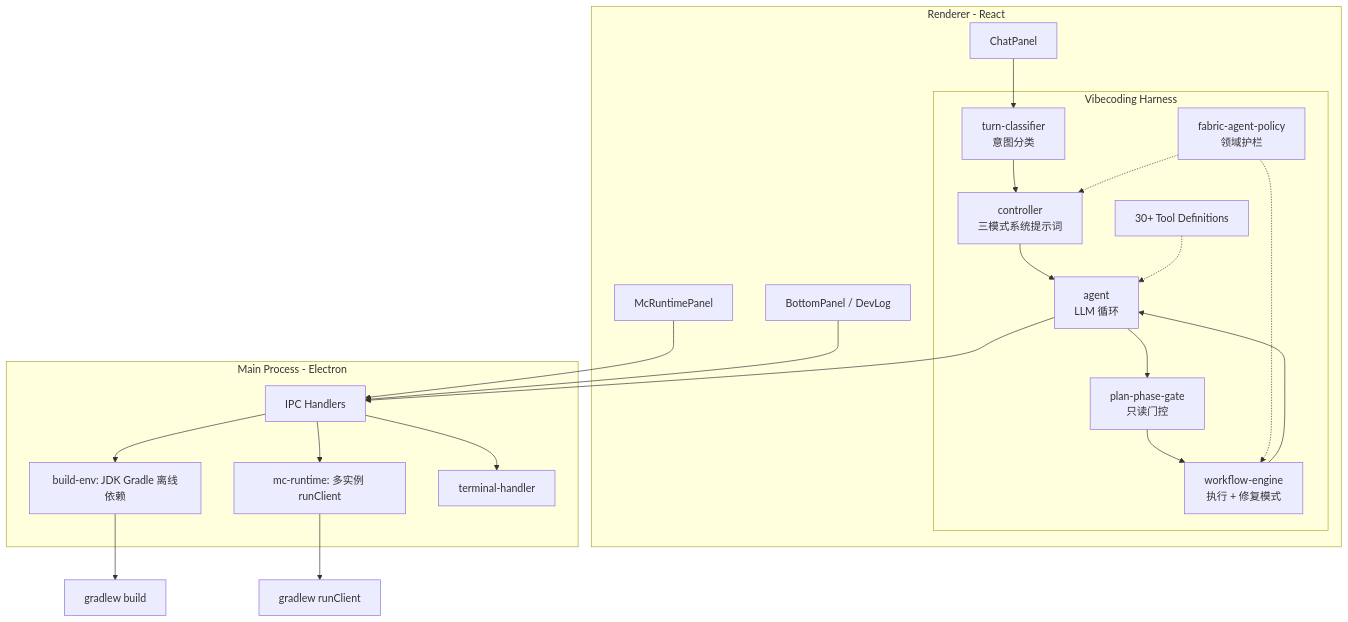
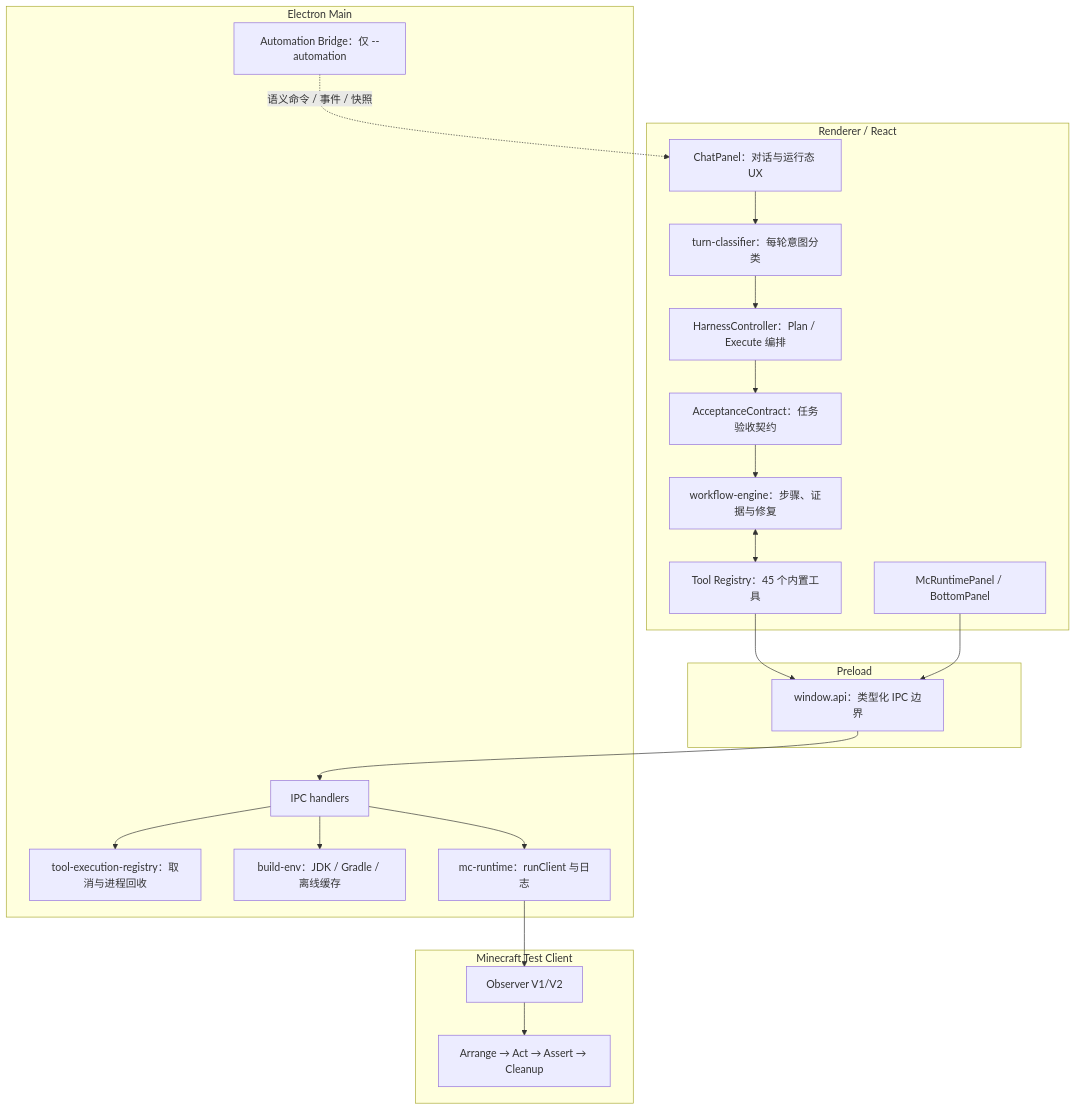
The diagram in docs/architecture.md (newstarbar/ModCrafting), drawn with Mermaid before and after one commit. The commit also changed other lines of this file and 12 other files, not shown here.

Commit message:
docs: refresh harness and test lab guidance

````diff
--- a/docs/architecture.md
+++ b/docs/architecture.md
@@ -7,40 +7,40 @@
 ```mermaid
 flowchart TB
-  subgraph ui [Renderer - React]
-    Chat[ChatPanel]
-    subgraph harness [Vibecoding Harness]
-      Classifier[turn-classifier<br/>意图分类]
-      Controller[controller<br/>三模式系统提示词]
-      Agent[agent<br/>LLM 循环]
-      PlanGate[plan-phase-gate<br/>只读门控]
-      Workflow[workflow-engine<br/>执行 + 修复模式]
-      Policy[fabric-agent-policy<br/>领域护栏]
-      Tools[30+ Tool Definitions]
-    end
-    Chat --> Classifier
-    Classifier --> Controller
-    Controller --> Agent
-    Agent --> PlanGate
-    PlanGate --> Workflow
-    Workflow --> Agent
-    Policy -.-> Controller
-    Policy -.-> Workflow
-    Tools -.-> Agent
-    Game[McRuntimePanel]
-    Adv[BottomPanel / DevLog]
+  subgraph renderer [Renderer / React]
+    Chat["ChatPanel：对话与运行态 UX"]
+    Classifier["turn-classifier：每轮意图分类"]
+    Controller["HarnessController：Plan / Execute 编排"]
+    Contract["AcceptanceContract：任务验收契约"]
+    Workflow["workflow-engine：步骤、证据与修复"]
+    Registry["Tool Registry：45 个内置工具"]
+    RuntimePanel["McRuntimePanel / BottomPanel"]
+    Chat --> Classifier --> Controller
+    Controller --> Contract --> Workflow
+    Workflow <--> Registry
   end
-  subgraph main [Main Process - Electron]
-    IPC[IPC Handlers]
-    BuildEnv[build-env: JDK Gradle 离线依赖]
-    McRT[mc-runtime: 多实例 runClient]
-    Term[terminal-handler]
+
+  subgraph preload [Preload]
+    ContextBridge["window.api：类型化 IPC 边界"]
   end
-  Agent --> IPC
-  Game --> IPC
-  Adv --> IPC
+
+  subgraph main [Electron Main]
+    IPC["IPC handlers"]
+    ToolExec["tool-execution-registry：取消与进程回收"]
+    BuildEnv["build-env：JDK / Gradle / 离线缓存"]
+    McRuntime["mc-runtime：runClient 与日志"]
+    Automation["Automation Bridge：仅 --automation"]
+  end
+
+  subgraph minecraft [Minecraft Test Client]
+    Observer["Observer V1/V2"]
+    GameSession["Arrange → Act → Assert → Cleanup"]
+    Observer --> GameSession
+  end
+
+  Registry --> ContextBridge --> IPC
+  RuntimePanel --> ContextBridge
+  IPC --> ToolExec
   IPC --> BuildEnv
-  IPC --> McRT
-  IPC --> Term
-  BuildEnv --> Gradle[gradlew build]
-  McRT --> RunClient[gradlew runClient]
+  IPC --> McRuntime --> Observer
+  Automation -. "语义命令 / 事件 / 快照" .-> Chat
 ```
````
